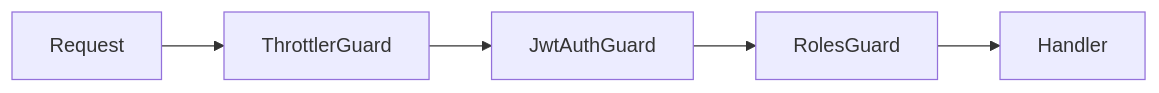
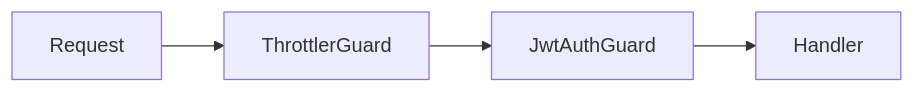
Before and after one commit to MiguelAngelRamos/base-nest-deluxe: the third of 3 diagrams in MODULES.md, drawn with Mermaid. The commit also changed other lines of this file and 31 other files, not shown here.

````diff
--- a/MODULES.md
+++ b/MODULES.md
@@ -113,4 +123,4 @@
 ```mermaid
 flowchart LR
-    Request --> ThrottlerGuard --> JwtAuthGuard --> RolesGuard --> Handler
+    Request --> ThrottlerGuard --> JwtAuthGuard --> Handler
 ```
````
